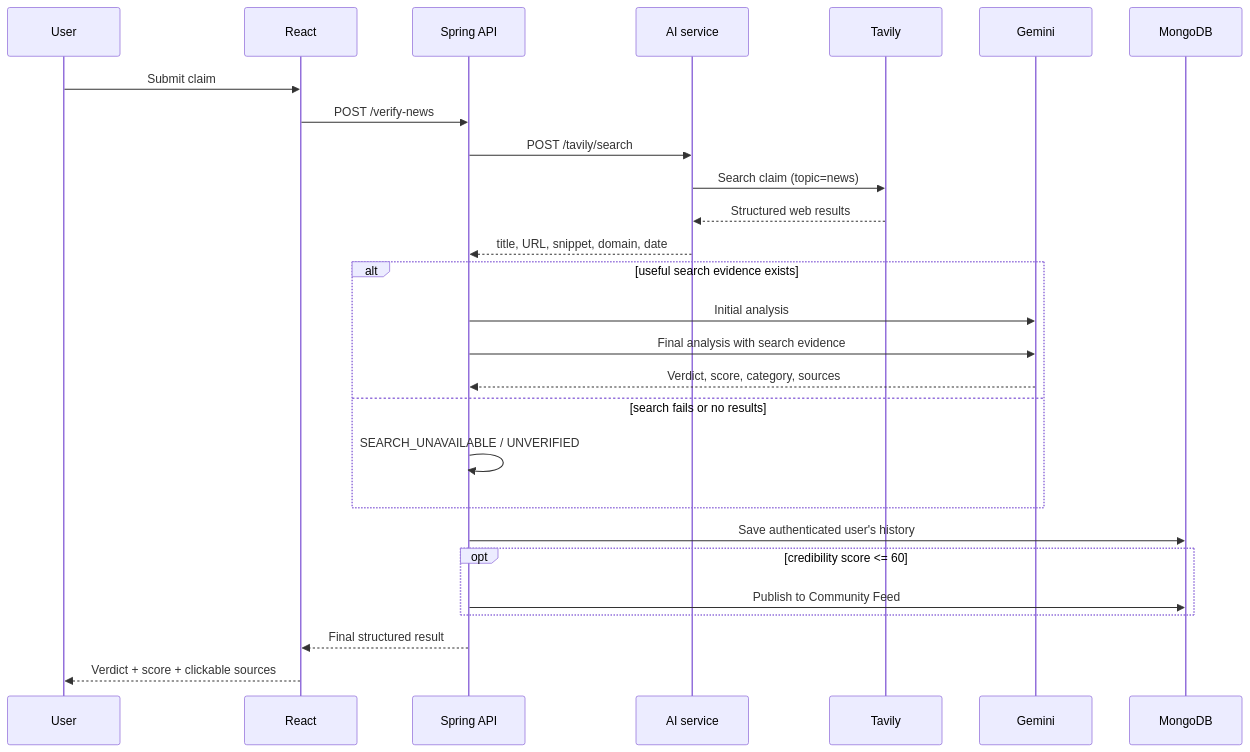
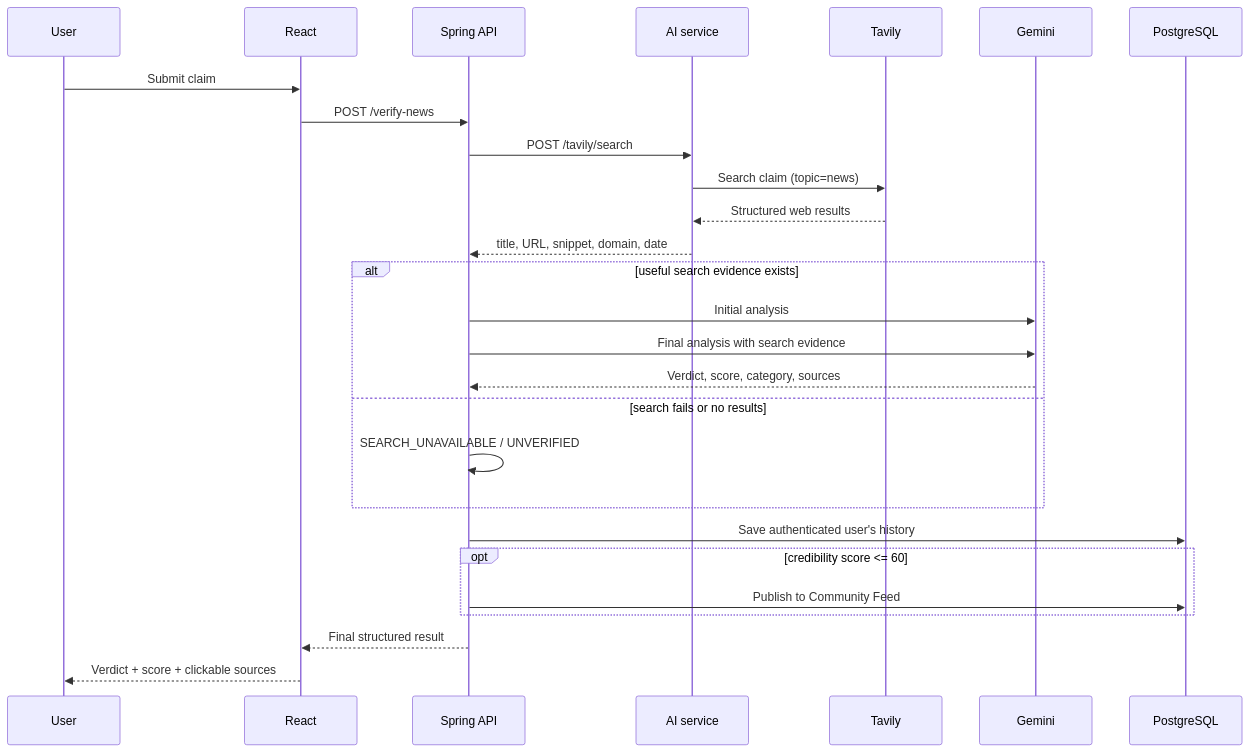
The second of 4 diagrams in README.md (Mohit-R-04/FactShare), drawn with Mermaid before and after one commit. The commit also changed other lines of this file and 24 other files, not shown here.

````diff
--- a/README.md
+++ b/README.md
@@ -187,30 +190,30 @@
 ```mermaid
 sequenceDiagram
     participant U as User
     participant F as React
     participant B as Spring API
     participant A as AI service
     participant T as Tavily
     participant G as Gemini
-    participant D as MongoDB
+    participant D as PostgreSQL
 
     U->>F: Submit claim
     F->>B: POST /verify-news
     B->>A: POST /tavily/search
     A->>T: Search claim (topic=news)
     T-->>A: Structured web results
     A-->>B: title, URL, snippet, domain, date
     alt useful search evidence exists
         B->>G: Initial analysis
         B->>G: Final analysis with search evidence
         G-->>B: Verdict, score, category, sources
     else search fails or no results
         B->>B: SEARCH_UNAVAILABLE / UNVERIFIED
     end
     B->>D: Save authenticated user's history
     opt credibility score <= 60
         B->>D: Publish to Community Feed
     end
     B-->>F: Final structured result
     F-->>U: Verdict + score + clickable sources
 ```
````
